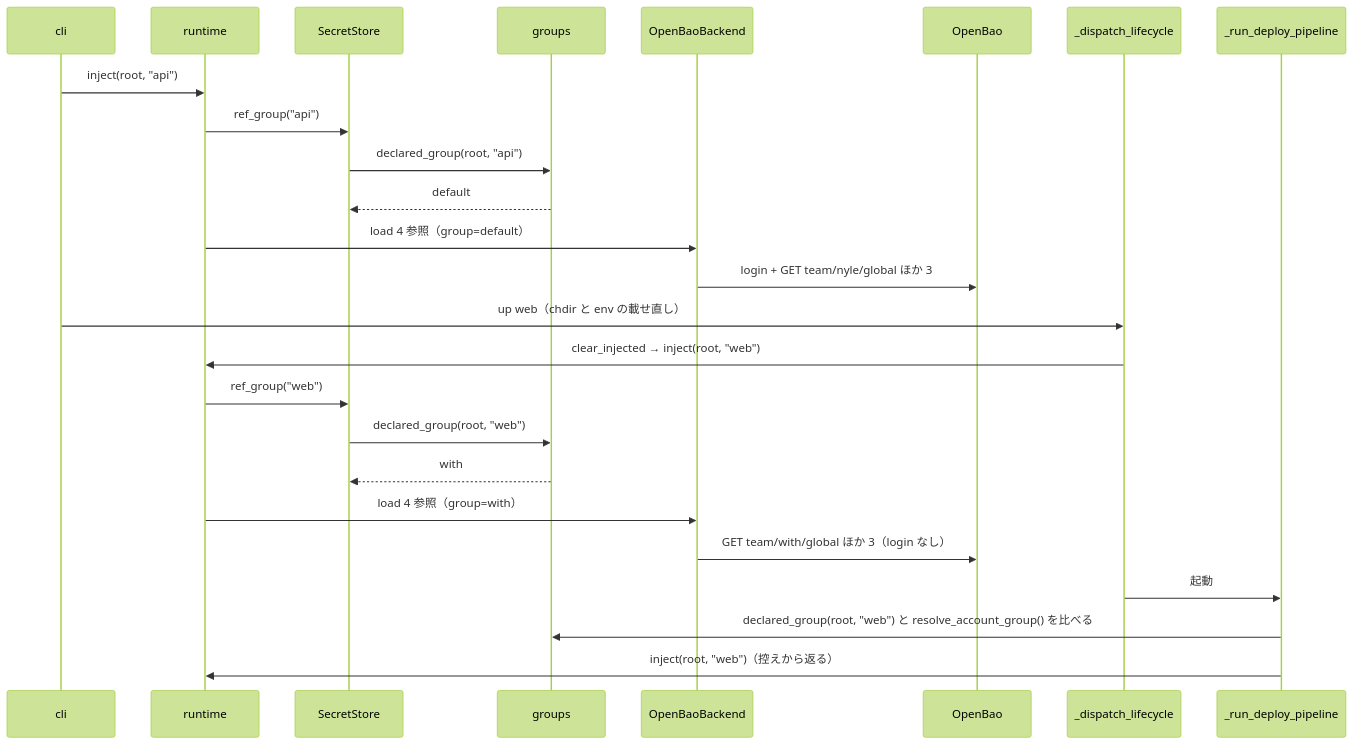
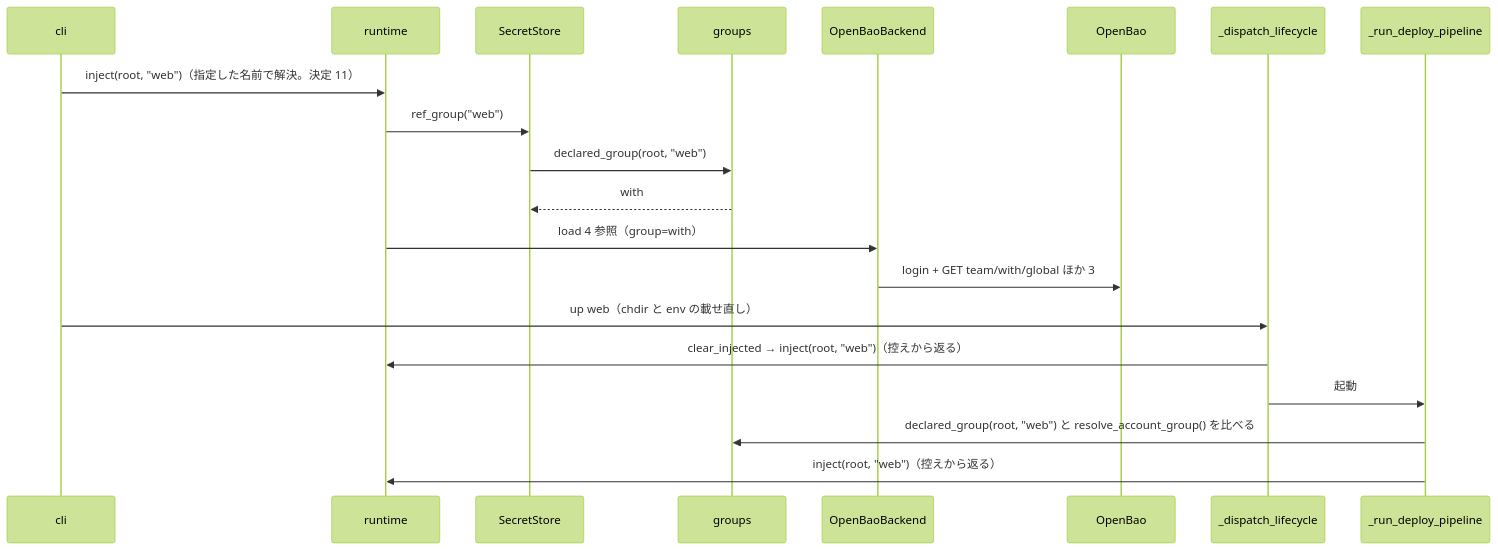
Before and after one commit to devbasex/devbase: the third of 4 diagrams in issues/PLAN56_secret-group-paths-design.md, drawn with Mermaid (forest theme). The commit also changed other lines of this file and 1 other file, not shown here.

````diff
--- a/issues/PLAN56_secret-group-paths-design.md
+++ b/issues/PLAN56_secret-group-paths-design.md
@@ -301,27 +304,22 @@
 ```mermaid
 sequenceDiagram
     participant CLI as cli
     participant RT as runtime
     participant ST as SecretStore
     participant GR as groups
     participant OB as OpenBaoBackend
     participant SRV as OpenBao
     participant DL as _dispatch_lifecycle
     participant DEP as _run_deploy_pipeline
-    CLI->>RT: inject(root, "api")
-    RT->>ST: ref_group("api")
-    ST->>GR: declared_group(root, "api")
-    GR-->>ST: default
-    RT->>OB: load 4 参照（group=default）
-    OB->>SRV: login + GET team/nyle/global ほか 3
-    CLI->>DL: up web（chdir と env の載せ直し）
-    DL->>RT: clear_injected → inject(root, "web")
+    CLI->>RT: inject(root, "web")（指定した名前で解決。決定 11）
     RT->>ST: ref_group("web")
     ST->>GR: declared_group(root, "web")
     GR-->>ST: with
     RT->>OB: load 4 参照（group=with）
-    OB->>SRV: GET team/with/global ほか 3（login なし）
+    OB->>SRV: login + GET team/with/global ほか 3
+    CLI->>DL: up web（chdir と env の載せ直し）
+    DL->>RT: clear_injected → inject(root, "web")（控えから返る）
     DL->>DEP: 起動
     DEP->>GR: declared_group(root, "web") と resolve_account_group() を比べる
     DEP->>RT: inject(root, "web")（控えから返る）
 ```
````
